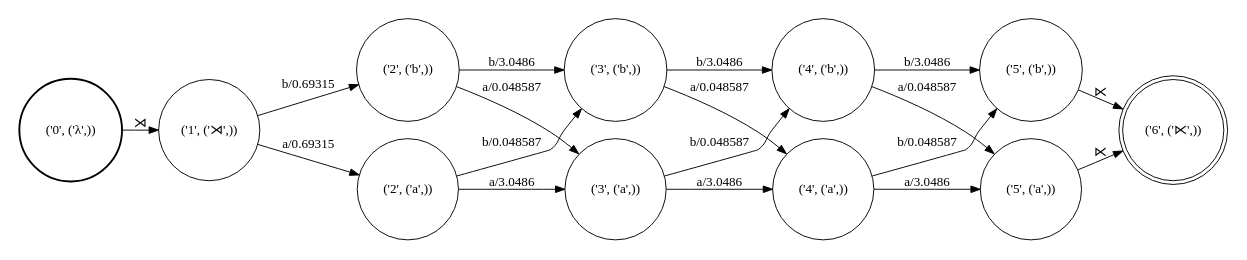
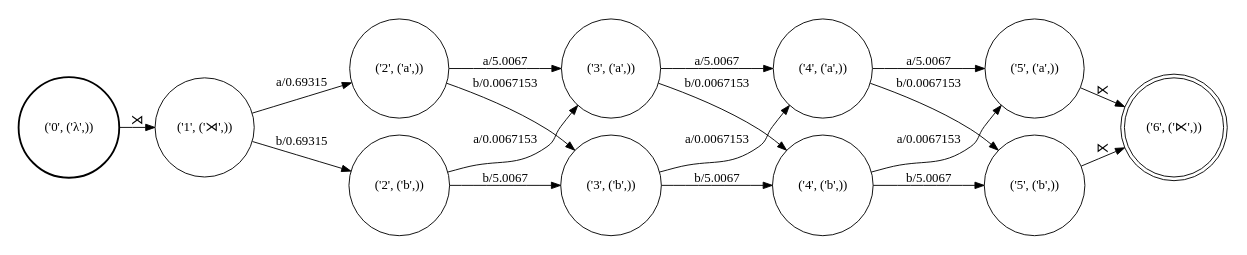
The diagram in demo/S.dot (colincwilson/wynini), drawn with Graphviz before and after one commit. The commit also changed 9 other files, not shown here.

```diff
--- a/demo/S.dot
+++ b/demo/S.dot
@@ -1,36 +1,36 @@
 digraph FST {
 rankdir = LR;
 size = "8.5,11";
 center = 1;
 orientation = Portrait;
 ranksep = "0.4";
 nodesep = "0.25";
 0 [label = "('0', ('λ',))", shape = circle, style = bold, fontsize = 14]
 	0 -> 1 [label = "⋊", fontsize = 14];
 1 [label = "('1', ('⋊',))", shape = circle, style = solid, fontsize = 14]
-	1 -> 2 [label = "b/0.69315", fontsize = 14];
-	1 -> 3 [label = "a/0.69315", fontsize = 14];
-2 [label = "('2', ('b',))", shape = circle, style = solid, fontsize = 14]
-	2 -> 4 [label = "b/3.0486", fontsize = 14];
-	2 -> 5 [label = "a/0.048587", fontsize = 14];
-3 [label = "('2', ('a',))", shape = circle, style = solid, fontsize = 14]
-	3 -> 4 [label = "b/0.048587", fontsize = 14];
-	3 -> 5 [label = "a/3.0486", fontsize = 14];
-4 [label = "('3', ('b',))", shape = circle, style = solid, fontsize = 14]
-	4 -> 6 [label = "b/3.0486", fontsize = 14];
-	4 -> 7 [label = "a/0.048587", fontsize = 14];
-5 [label = "('3', ('a',))", shape = circle, style = solid, fontsize = 14]
-	5 -> 6 [label = "b/0.048587", fontsize = 14];
-	5 -> 7 [label = "a/3.0486", fontsize = 14];
-6 [label = "('4', ('b',))", shape = circle, style = solid, fontsize = 14]
-	6 -> 8 [label = "b/3.0486", fontsize = 14];
-	6 -> 9 [label = "a/0.048587", fontsize = 14];
-7 [label = "('4', ('a',))", shape = circle, style = solid, fontsize = 14]
-	7 -> 8 [label = "b/0.048587", fontsize = 14];
-	7 -> 9 [label = "a/3.0486", fontsize = 14];
-8 [label = "('5', ('b',))", shape = circle, style = solid, fontsize = 14]
+	1 -> 2 [label = "a/0.69315", fontsize = 14];
+	1 -> 3 [label = "b/0.69315", fontsize = 14];
+2 [label = "('2', ('a',))", shape = circle, style = solid, fontsize = 14]
+	2 -> 4 [label = "a/5.0067", fontsize = 14];
+	2 -> 5 [label = "b/0.0067153", fontsize = 14];
+3 [label = "('2', ('b',))", shape = circle, style = solid, fontsize = 14]
+	3 -> 4 [label = "a/0.0067153", fontsize = 14];
+	3 -> 5 [label = "b/5.0067", fontsize = 14];
+4 [label = "('3', ('a',))", shape = circle, style = solid, fontsize = 14]
+	4 -> 6 [label = "a/5.0067", fontsize = 14];
+	4 -> 7 [label = "b/0.0067153", fontsize = 14];
+5 [label = "('3', ('b',))", shape = circle, style = solid, fontsize = 14]
+	5 -> 6 [label = "a/0.0067153", fontsize = 14];
+	5 -> 7 [label = "b/5.0067", fontsize = 14];
+6 [label = "('4', ('a',))", shape = circle, style = solid, fontsize = 14]
+	6 -> 8 [label = "a/5.0067", fontsize = 14];
+	6 -> 9 [label = "b/0.0067153", fontsize = 14];
+7 [label = "('4', ('b',))", shape = circle, style = solid, fontsize = 14]
+	7 -> 8 [label = "a/0.0067153", fontsize = 14];
+	7 -> 9 [label = "b/5.0067", fontsize = 14];
+8 [label = "('5', ('a',))", shape = circle, style = solid, fontsize = 14]
 	8 -> 10 [label = "⋉", fontsize = 14];
-9 [label = "('5', ('a',))", shape = circle, style = solid, fontsize = 14]
+9 [label = "('5', ('b',))", shape = circle, style = solid, fontsize = 14]
 	9 -> 10 [label = "⋉", fontsize = 14];
 10 [label = "('6', ('⋉',))", shape = doublecircle, style = solid, fontsize = 14]
 }
```
